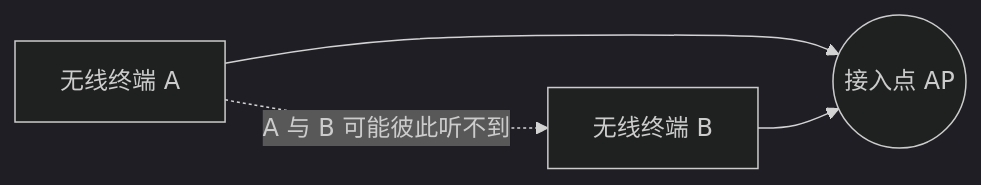
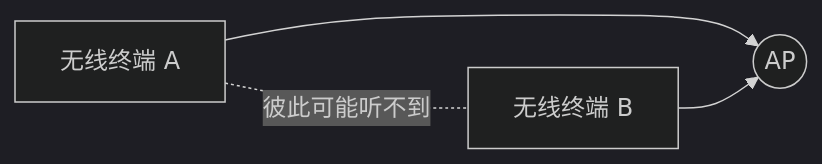
The diagram in 01_综合知识/01_计算机系统基础知识/03_计算机网络/09_无线与移动通信/无线局域网802.11.md (74262195/system-architect-notes), drawn with Mermaid (dark theme) before and after one commit. The commit also changed other lines of this file and 8 other files, not shown here.

````diff
--- a/01_综合知识/01_计算机系统基础知识/03_计算机网络/09_无线与移动通信/无线局域网802.11.md
+++ b/01_综合知识/01_计算机系统基础知识/03_计算机网络/09_无线与移动通信/无线局域网802.11.md
@@ -49,6 +38,6 @@
 ```mermaid
 flowchart LR
-  A["无线终端 A"] --> AP((接入点 AP))
-  B["无线终端 B"] --> AP
-  A -.->|"A 与 B 可能彼此听不到"| B
+    A[无线终端 A] --> AP((AP))
+    B[无线终端 B] --> AP
+    A -. 彼此可能听不到 .- B
 ```
````
